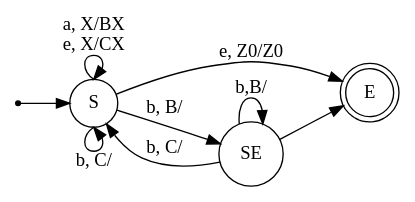
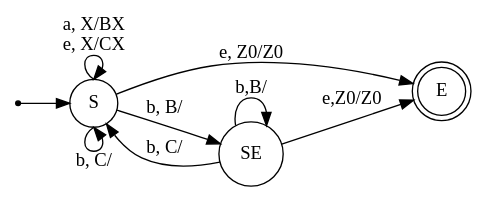
The second of 3 diagrams in Практика/Разбор задач/PDA и отображение Шютценберже.md (HumsterProgrammer/iu9-tfl-practice), drawn with Graphviz before and after one commit. The commit also changed other lines of this file, not shown here.

````diff
--- a/Практика/Разбор задач/PDA и отображение Шютценберже.md
+++ b/Практика/Разбор задач/PDA и отображение Шютценберже.md
@@ -34,16 +34,16 @@
 ```dot
 digraph{
 	rankdir=LR
 	node [shape=circle]
 	E [shape=doublecircle]
 	point [shape=point]
 	point -> S
 	S:n -> S:n [label="a, X/BX\n e, X/CX"]
 	S:s -> S:s [label="b, C/"]
 	S -> E [label="e, Z0/Z0"]
 	S -> SE [label="b, B/"]
 	SE -> SE [label="b,B/"]
 	SE -> S [label="b, C/"]
-	SE -> E [labe="e,Z0/Z0"]
+	SE -> E [label="e,Z0/Z0"]
 	}
 ```
````
